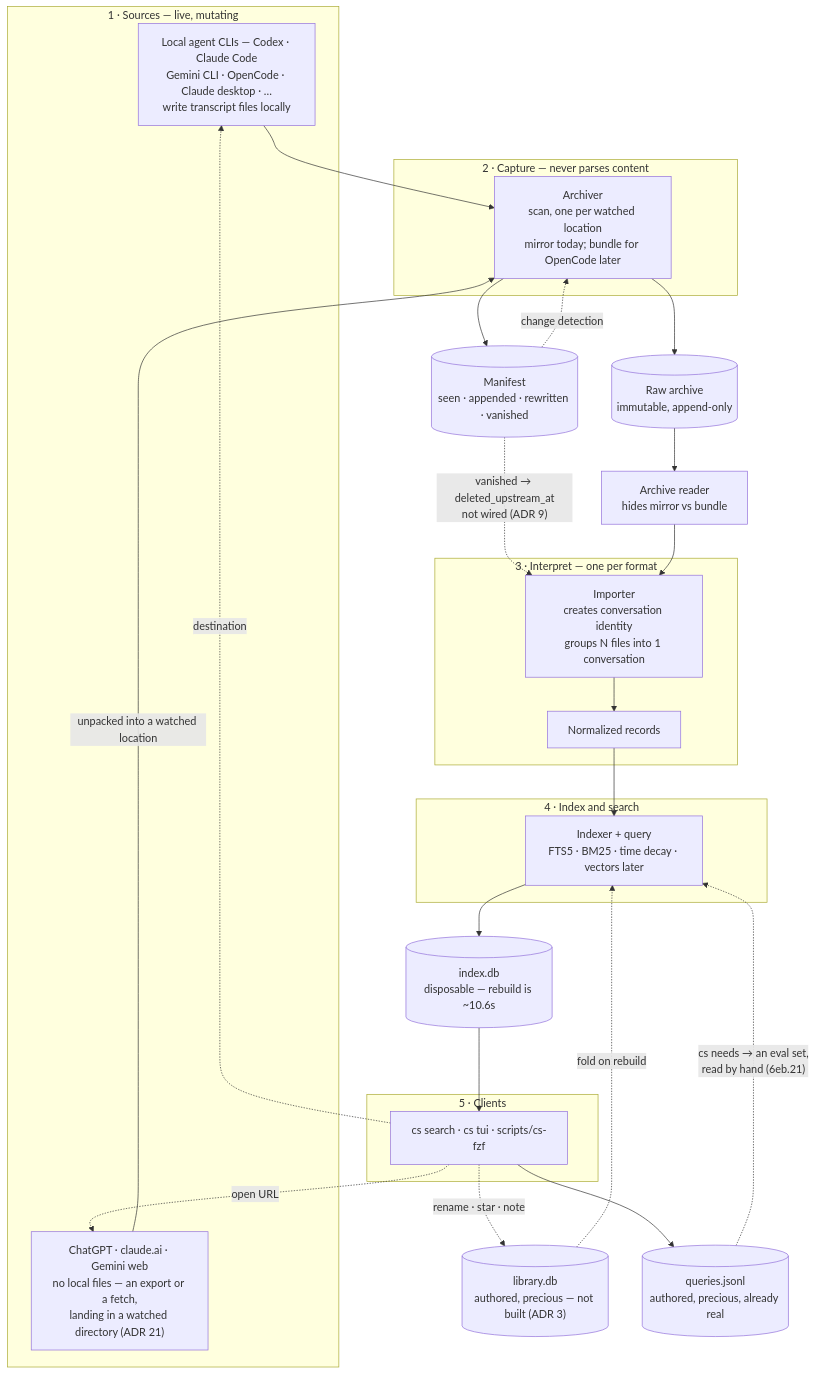
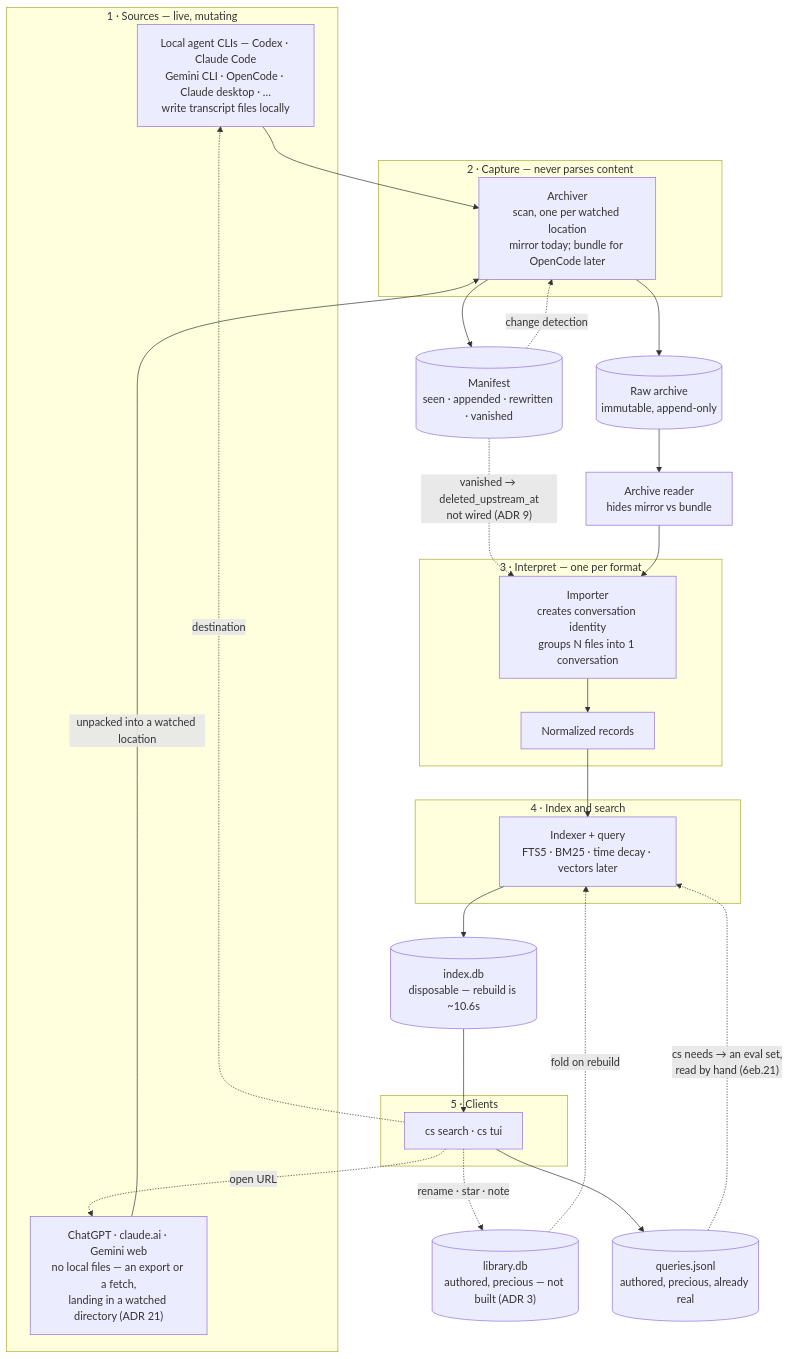
Before and after one commit to tylercrosse/chat-search: the first of 2 diagrams in docs/ARCHITECTURE.md, drawn with Mermaid. The commit also changed 7 other files, not shown here.

````diff
--- a/docs/ARCHITECTURE.md
+++ b/docs/ARCHITECTURE.md
@@ -23,51 +23,51 @@
 ```mermaid
 flowchart TB
     subgraph SRC["1 · Sources — live, mutating"]
         LOCAL["Local agent CLIs — Codex · Claude Code<br/>Gemini CLI · OpenCode · Claude desktop · …<br/>write transcript files locally"]
         REMOTE["ChatGPT · claude.ai · Gemini web<br/>no local files — an export or a fetch,<br/>landing in a watched directory (ADR 21)"]
     end
 
     subgraph CAP["2 · Capture — never parses content"]
         ARCH["Archiver<br/>scan, one per watched location<br/>mirror today; bundle for OpenCode later"]
     end
 
     RAW[("Raw archive<br/>immutable, append-only")]
     MAN[("Manifest<br/>seen · appended · rewritten · vanished")]
     READER["Archive reader<br/>hides mirror vs bundle"]
 
     subgraph INT["3 · Interpret — one per format"]
         IMP["Importer<br/>creates conversation identity<br/>groups N files into 1 conversation"]
         NORM["Normalized records"]
     end
 
     subgraph IDXG["4 · Index and search"]
         INDEXER["Indexer + query<br/>FTS5 · BM25 · time decay · vectors later"]
     end
 
     DB[("index.db<br/>disposable — rebuild is ~10.6s")]
     LIB[("library.db<br/>authored, precious — not built (ADR 3)")]
     QLOG[("queries.jsonl<br/>authored, precious, already real")]
 
     subgraph CL["5 · Clients"]
-        CLIENTS["cs search · cs tui · scripts/cs-fzf"]
+        CLIENTS["cs search · cs tui"]
     end
 
     LOCAL --> ARCH
     REMOTE -->|"unpacked into a watched location"| ARCH
     ARCH --> RAW
     ARCH --> MAN
     MAN -. "change detection" .-> ARCH
     RAW --> READER
     MAN -. "vanished → deleted_upstream_at<br/>not wired (ADR 9)" .-> IMP
     READER --> IMP
     IMP --> NORM
     NORM --> INDEXER
     LIB -. "fold on rebuild" .-> INDEXER
     INDEXER --> DB
     DB --> CLIENTS
     CLIENTS --> QLOG
     QLOG -. "cs needs → an eval set,<br/>read by hand (6eb.21)" .-> INDEXER
     CLIENTS -. "rename · star · note" .-> LIB
     CLIENTS -. "destination" .-> LOCAL
     CLIENTS -. "open URL" .-> REMOTE
 ```
````
